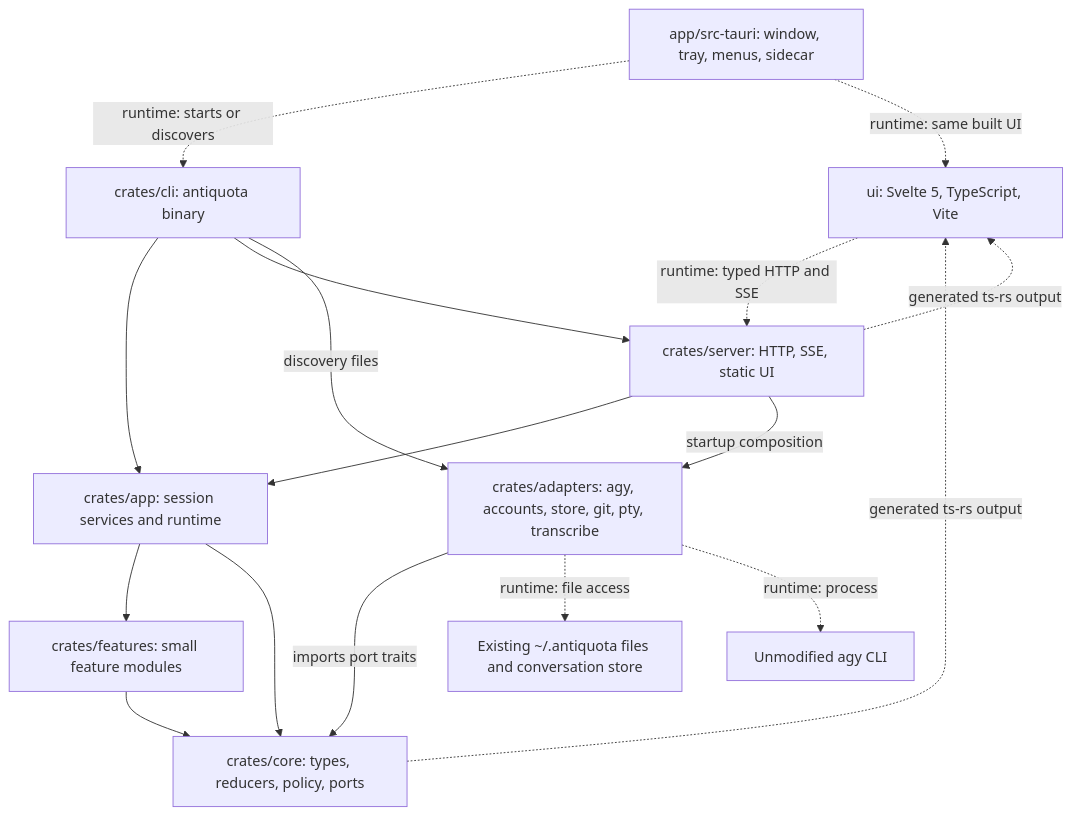
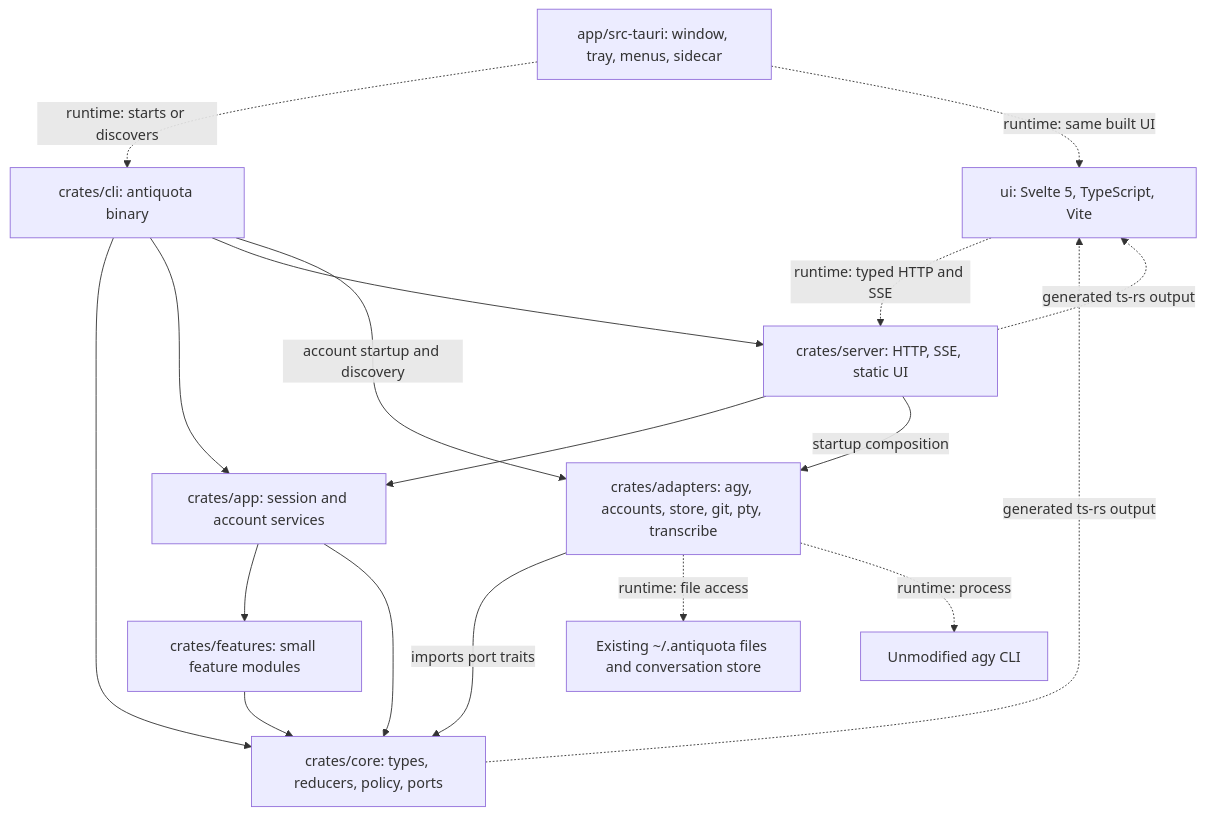
The diagram in docs/ARCHITECTURE.md (dtecx/antiquota), drawn with Mermaid before and after one commit. The commit also changed other lines of this file and 132 other files, not shown here.

````diff
--- a/docs/ARCHITECTURE.md
+++ b/docs/ARCHITECTURE.md
@@ -7,29 +7,30 @@
 ```mermaid
 flowchart TB
     UI["ui: Svelte 5, TypeScript, Vite"]
     Shell["app/src-tauri: window, tray, menus, sidecar"]
     CLI["crates/cli: antiquota binary"]
     Server["crates/server: HTTP, SSE, static UI"]
-    App["crates/app: session services and runtime"]
+    App["crates/app: session and account services"]
     Features["crates/features: small feature modules"]
     Core["crates/core: types, reducers, policy, ports"]
     Adapters["crates/adapters: agy, accounts, store, git, pty, transcribe"]
     Data["Existing ~/.antiquota files and conversation store"]
     Agy["Unmodified agy CLI"]
     UI -.->|runtime: typed HTTP and SSE| Server
     Shell -.->|runtime: starts or discovers| CLI
     Shell -.->|runtime: same built UI| UI
+    CLI --> Core
     CLI --> App
     CLI --> Server
-    CLI -->|discovery files| Adapters
+    CLI -->|account startup and discovery| Adapters
     Server --> App
     Server -->|startup composition| Adapters
     App --> Features
     Features --> Core
     App --> Core
     Adapters -->|imports port traits| Core
     Adapters -.->|runtime: file access| Data
     Adapters -.->|runtime: process| Agy
     Core -.->|generated ts-rs output| UI
     Server -.->|generated ts-rs output| UI
 ```
````
